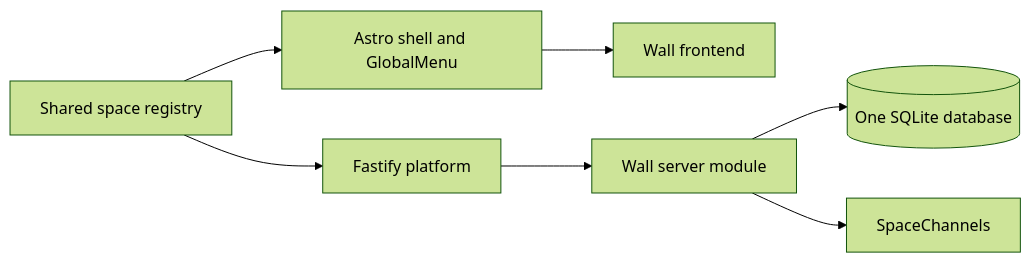
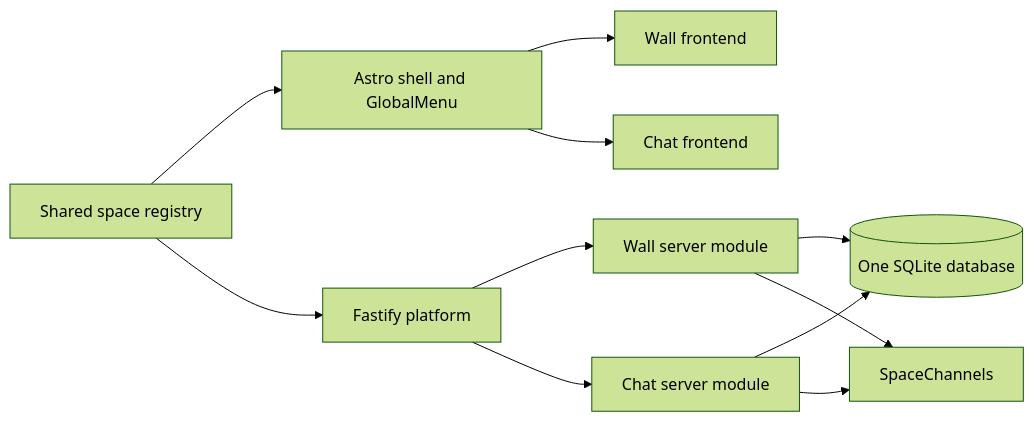
One commit to armsteeldev/the-open-web changed the diagram in docs/ARCHITECTURE.md. Above: the diagram before and after it, drawn with Mermaid (forest theme). The commit also changed other lines of this file and 28 other files, not shown here.

````diff
--- a/docs/ARCHITECTURE.md
+++ b/docs/ARCHITECTURE.md
@@ -5,16 +5,22 @@
 ```mermaid
 flowchart LR
   Registry[Shared space registry]
   Shell[Astro shell and GlobalMenu]
   Core[Fastify platform]
   DB[(One SQLite database)]
   Realtime[SpaceChannels]
   WallUI[Wall frontend]
   WallAPI[Wall server module]
+  ChatUI[Chat frontend]
+  ChatAPI[Chat server module]
   Registry --> Shell
   Registry --> Core
   Shell --> WallUI
+  Shell --> ChatUI
   Core --> WallAPI
+  Core --> ChatAPI
   WallAPI --> DB
   WallAPI --> Realtime
+  ChatAPI --> DB
+  ChatAPI --> Realtime
 ```
````
